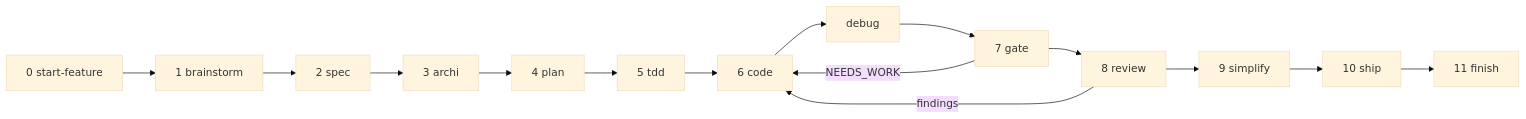
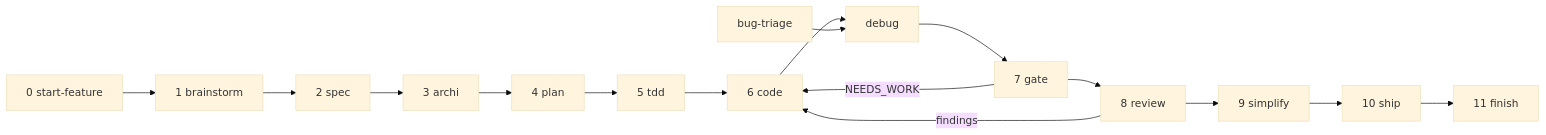
The diagram in WORKFLOW.md (techmefr/mentis), drawn with Mermaid (base theme) before and after one commit. The commit also changed other lines of this file and 12 other files, not shown here.

````diff
--- a/WORKFLOW.md
+++ b/WORKFLOW.md
@@ -10,17 +10,18 @@
 ```mermaid
 flowchart LR
     S[0 start-feature] --> A[1 brainstorm]
     A --> B[2 spec]
     B --> C[3 archi]
     C --> D[4 plan]
     D --> E[5 tdd]
     E --> F[6 code]
     F --> G[debug]
     G --> H[7 gate]
     H --> I[8 review]
     I --> J[9 simplify]
     J --> K[10 ship]
     K --> L[11 finish]
     H -- NEEDS_WORK --> F
     I -- findings --> F
+    R[bug-triage] --> G
 ```
````
